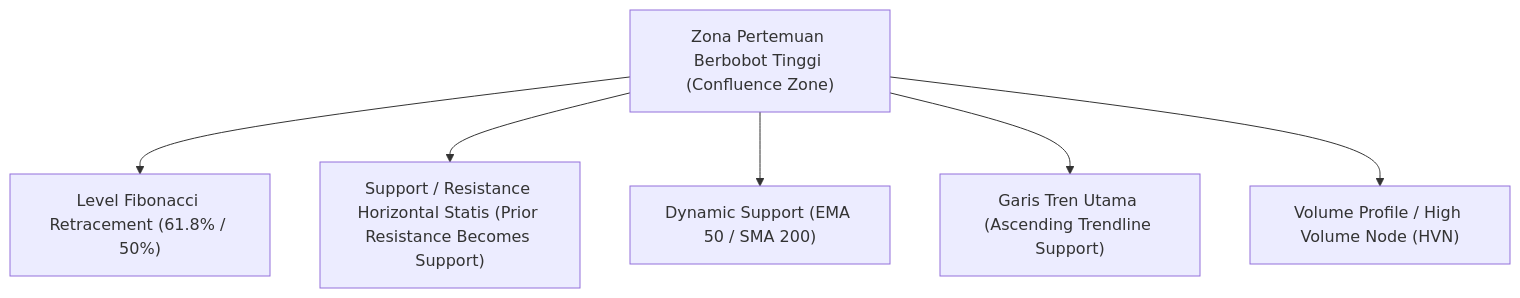
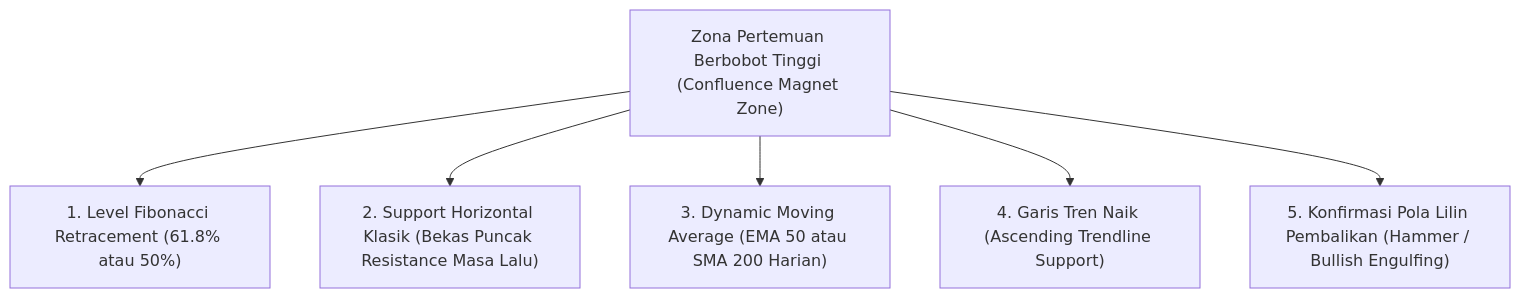
Before and after one commit to AlulCode45/Trading-Learning-Path: the sixth of 6 diagrams in docs/edianto-ong/23-fibonacci-dan-retracements.md, drawn with Mermaid. The commit also changed other lines of this file and 29 other files, not shown here.

Commit message:
docs(edianto-ong): upgrade all 29 chapters with beginner analogies, diagrams, step-by-step guides, and case studies

````diff
--- a/docs/edianto-ong/23-fibonacci-dan-retracements.md
+++ b/docs/edianto-ong/23-fibonacci-dan-retracements.md
@@ -116,9 +170,9 @@
 ```mermaid
 graph TD
-    Confluence["Zona Pertemuan Berbobot Tinggi (Confluence Zone)"]
-    Confluence --> Fibo["Level Fibonacci Retracement (61.8% / 50%)"]
-    Confluence --> SR["Support / Resistance Horizontal Statis (Prior Resistance Becomes Support)"]
-    Confluence --> MA["Dynamic Support (EMA 50 / SMA 200)"]
-    Confluence --> Trendline["Garis Tren Utama (Ascending Trendline Support)"]
-    Confluence --> Volume["Volume Profile / High Volume Node (HVN)"]
+    Confluence["Zona Pertemuan Berbobot Tinggi (Confluence Magnet Zone)"]
+    Confluence --> Fibo["1. Level Fibonacci Retracement (61.8% atau 50%)"]
+    Confluence --> SR["2. Support Horizontal Klasik (Bekas Puncak Resistance Masa Lalu)"]
+    Confluence --> MA["3. Dynamic Moving Average (EMA 50 atau SMA 200 Harian)"]
+    Confluence --> TL["4. Garis Tren Naik (Ascending Trendline Support)"]
+    Confluence --> Candle["5. Konfirmasi Pola Lilin Pembalikan (Hammer / Bullish Engulfing)"]
 ```
````
